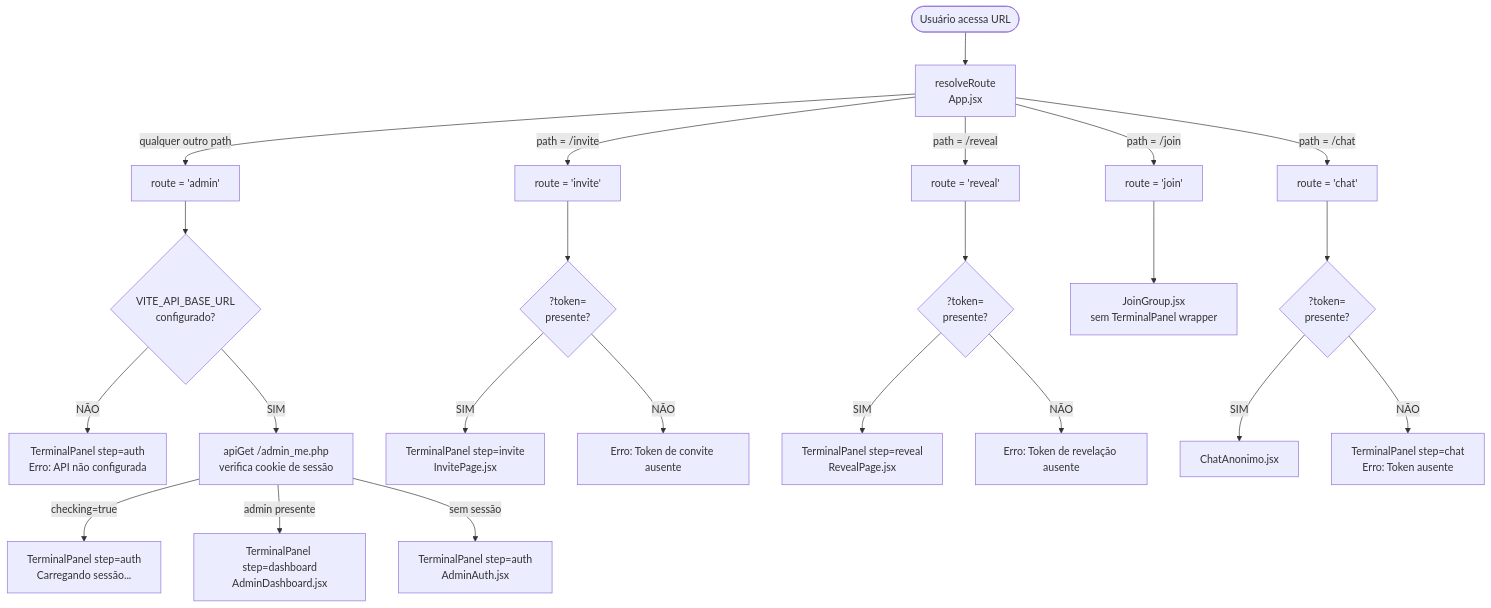
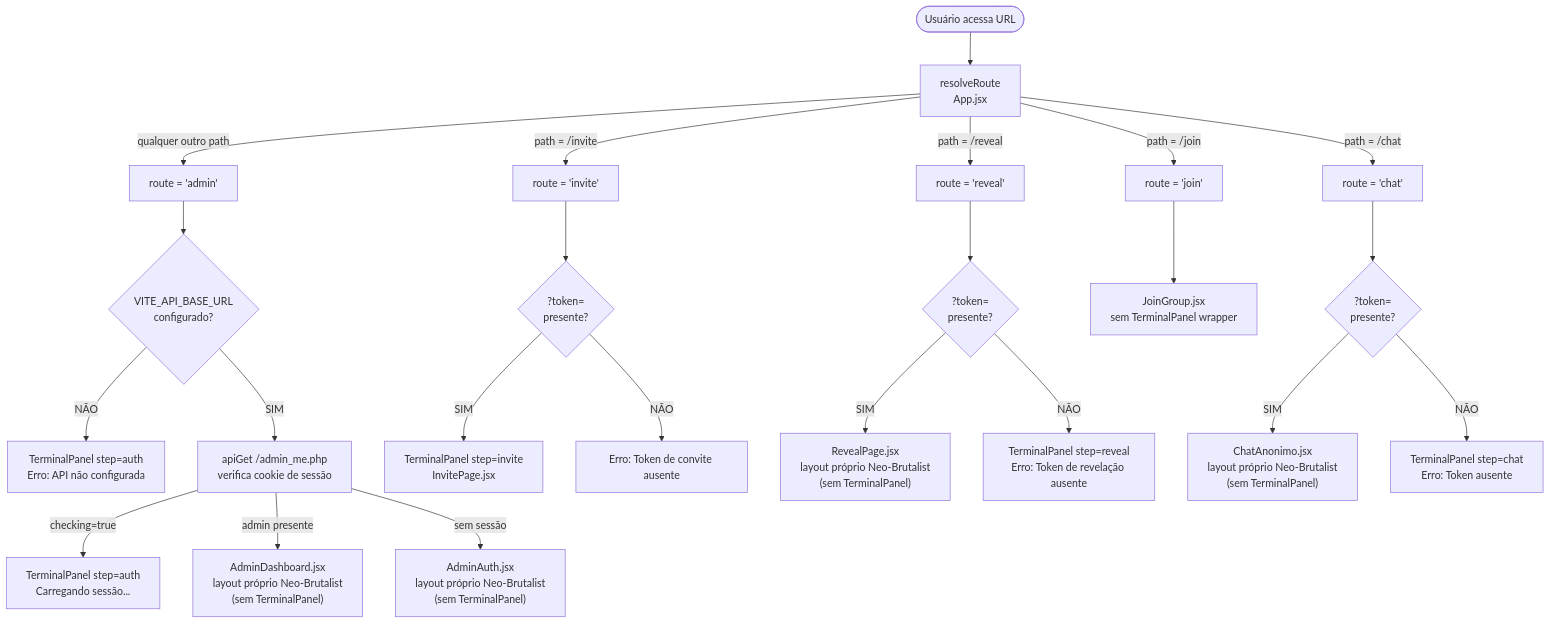
One commit to charines/AmigoSecreto changed the first of 4 diagrams in docs/modules/menu_inicial.md. Above: the diagram before and after it, drawn with Mermaid. The commit also changed other lines of this file and 8 other files, not shown here.

Commit message:
feat: implement preflight and sync scripts; update documentation for Neo-Brutalist redesign across multiple modules

````diff
--- a/docs/modules/menu_inicial.md
+++ b/docs/modules/menu_inicial.md
@@ -18,32 +22,32 @@
 ```mermaid
 flowchart TD
     START([Usuário acessa URL]) --> RESOLVE[resolveRoute\nApp.jsx]
 
     RESOLVE -->|path = /invite| ROUTE_INVITE[route = 'invite']
     RESOLVE -->|path = /reveal| ROUTE_REVEAL[route = 'reveal']
     RESOLVE -->|path = /join| ROUTE_JOIN[route = 'join']
     RESOLVE -->|path = /chat| ROUTE_CHAT[route = 'chat']
     RESOLVE -->|qualquer outro path| ROUTE_ADMIN[route = 'admin']
 
     ROUTE_ADMIN --> CHECK_ENV{VITE_API_BASE_URL\nconfigurado?}
     CHECK_ENV -->|NÃO| ERR_ENV[TerminalPanel step=auth\nErro: API não configurada]
     CHECK_ENV -->|SIM| CHECK_SESSION[apiGet /admin_me.php\nverifica cookie de sessão]
 
     CHECK_SESSION -->|checking=true| LOADING[TerminalPanel step=auth\nCarregando sessão...]
-    CHECK_SESSION -->|admin presente| DASHBOARD[TerminalPanel step=dashboard\nAdminDashboard.jsx]
-    CHECK_SESSION -->|sem sessão| AUTH[TerminalPanel step=auth\nAdminAuth.jsx]
+    CHECK_SESSION -->|admin presente| DASHBOARD["AdminDashboard.jsx\nlayout próprio Neo-Brutalist\n(sem TerminalPanel)"]
+    CHECK_SESSION -->|sem sessão| AUTH["AdminAuth.jsx\nlayout próprio Neo-Brutalist\n(sem TerminalPanel)"]
 
     ROUTE_INVITE --> CHECK_TOKEN_I{?token=\npresente?}
     CHECK_TOKEN_I -->|SIM| INVITE_PAGE[TerminalPanel step=invite\nInvitePage.jsx]
     CHECK_TOKEN_I -->|NÃO| ERR_TOKEN_I[Erro: Token de convite ausente]
 
     ROUTE_REVEAL --> CHECK_TOKEN_R{?token=\npresente?}
-    CHECK_TOKEN_R -->|SIM| REVEAL_PAGE[TerminalPanel step=reveal\nRevealPage.jsx]
-    CHECK_TOKEN_R -->|NÃO| ERR_TOKEN_R[Erro: Token de revelação ausente]
+    CHECK_TOKEN_R -->|SIM| REVEAL_PAGE["RevealPage.jsx\nlayout próprio Neo-Brutalist\n(sem TerminalPanel)"]
+    CHECK_TOKEN_R -->|NÃO| ERR_TOKEN_R[TerminalPanel step=reveal\nErro: Token de revelação ausente]
 
     ROUTE_JOIN --> JOIN_PAGE[JoinGroup.jsx\nsem TerminalPanel wrapper]
 
     ROUTE_CHAT --> CHECK_TOKEN_C{?token=\npresente?}
-    CHECK_TOKEN_C -->|SIM| CHAT_PAGE[ChatAnonimo.jsx]
+    CHECK_TOKEN_C -->|SIM| CHAT_PAGE["ChatAnonimo.jsx\nlayout próprio Neo-Brutalist\n(sem TerminalPanel)"]
     CHECK_TOKEN_C -->|NÃO| ERR_TOKEN_C[TerminalPanel step=chat\nErro: Token ausente]
 ```
````
